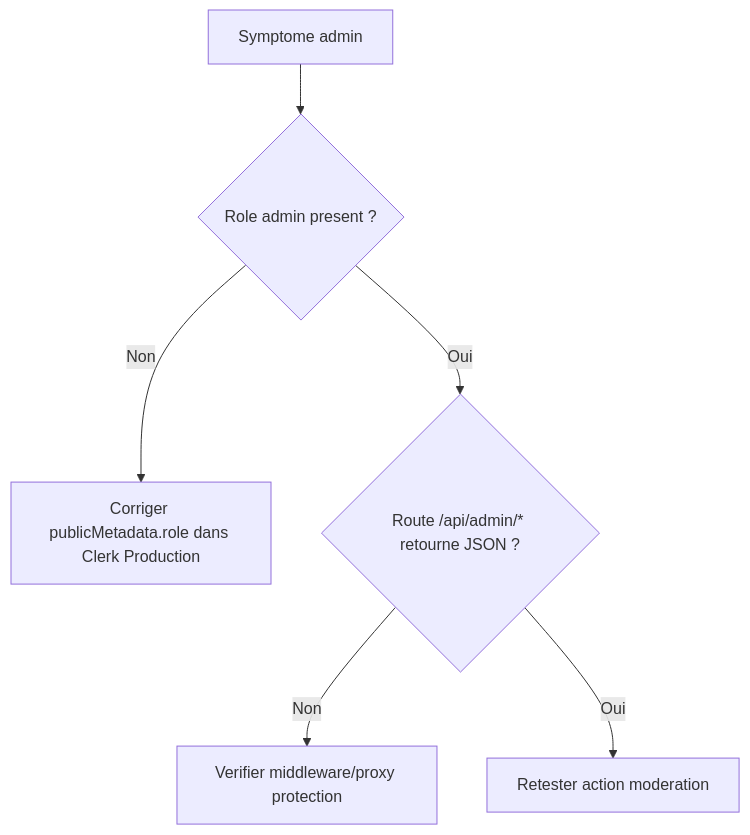
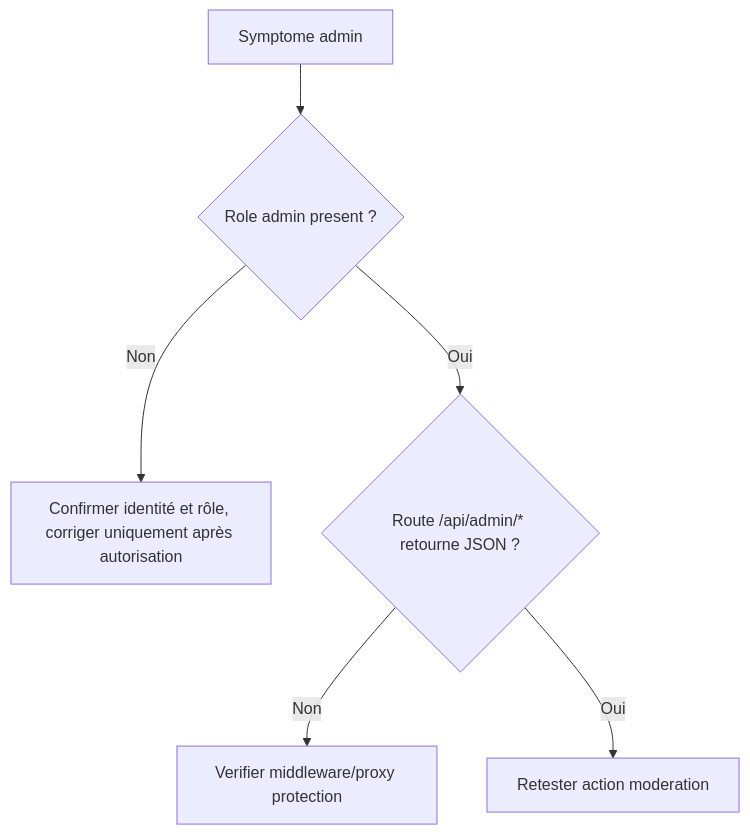
Before and after one commit to maxd4/CleanmyMap: the third of 6 diagrams in documentation/operations/incidents-frequents-et-reprise.md, drawn with Mermaid. The commit also changed other lines of this file and 13 other files, not shown here.

````diff
--- a/documentation/operations/incidents-frequents-et-reprise.md
+++ b/documentation/operations/incidents-frequents-et-reprise.md
@@ -36,8 +27,8 @@
 ```mermaid
 flowchart TD
   A[Symptome admin] --> B{Role admin present ?}
-  B -- Non --> B1[Corriger publicMetadata.role dans Clerk Production]
+  B -- Non --> B1[Confirmer identité et rôle, corriger uniquement après autorisation]
   B -- Oui --> C{Route /api/admin/* retourne JSON ?}
   C -- Non --> C1[Verifier middleware/proxy protection]
   C -- Oui --> D[Retester action moderation]
 ```
````
